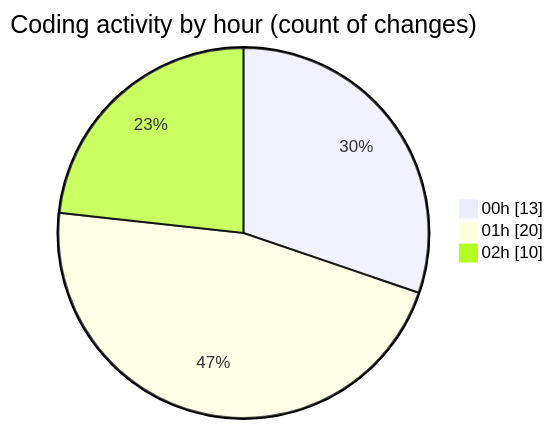
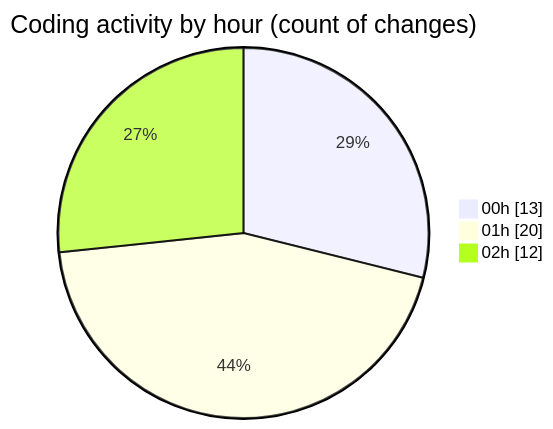
Before and after one commit to lephambinh05/code-tracking: the second of 2 diagrams in 2025-09-09/hiai-phf/README.md, drawn with Mermaid. The commit also changed other lines of this file and 1 other file, not shown here.

````diff
--- a/2025-09-09/hiai-phf/README.md
+++ b/2025-09-09/hiai-phf/README.md
@@ -46,7 +46,7 @@
 ```mermaid
 pie showData
 title Coding activity by hour (count of changes)
 "00h" : 13
 "01h" : 20
-"02h" : 10
+"02h" : 12
 ```
````
